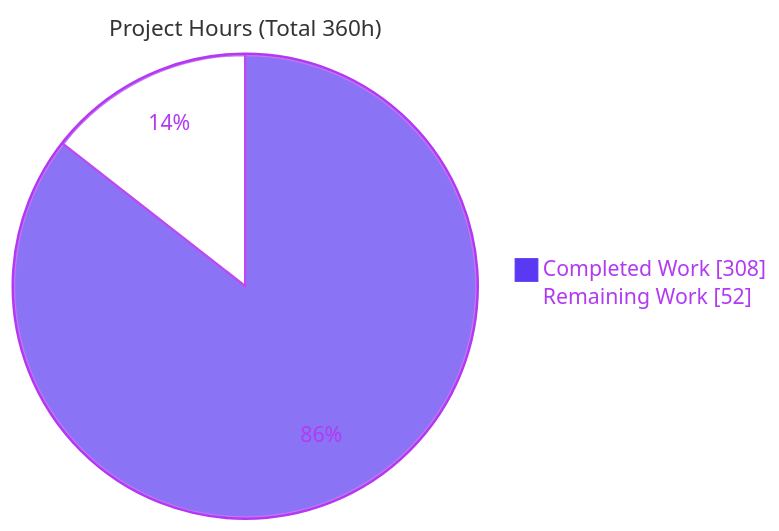
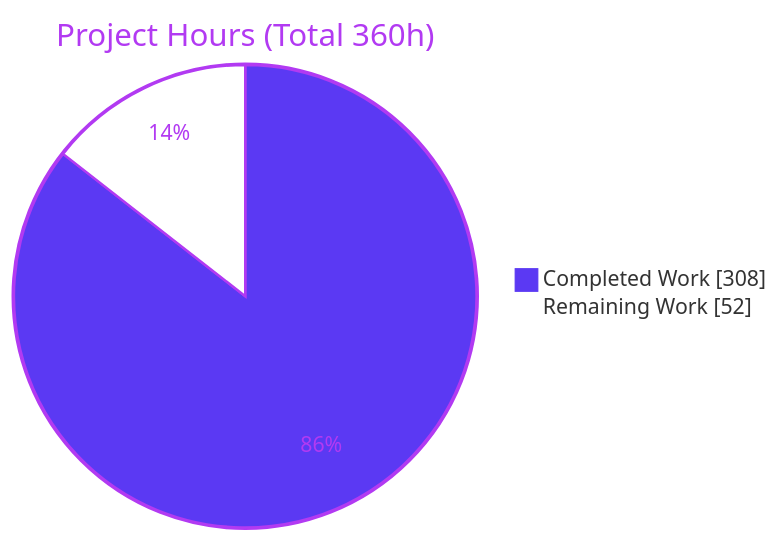
Before and after one commit to blitzy-public-samples/blitzy-delta-format: the second of 3 diagrams in blitzy/documentation/Project Guide.md, drawn with Mermaid. The commit also changed other lines of this file, not shown here.

````diff
--- a/blitzy/documentation/Project Guide.md
+++ b/blitzy/documentation/Project Guide.md
@@ -227,6 +211,6 @@
 ```mermaid
-%%{init: {'theme':'base', 'themeVariables': {'pie1':'#5B39F3','pie2':'#FFFFFF','pieStrokeColor':'#B23AF2','pieOuterStrokeColor':'#B23AF2','pieSectionTextColor':'#B23AF2','pieTitleTextSize':'18px','pieLegendTextColor':'#B23AF2'}}}%%
+%%{init: {'theme':'base','themeVariables':{'pie1':'#5B39F3','pie2':'#FFFFFF','pieStrokeColor':'#B23AF2','pieOuterStrokeColor':'#B23AF2','pieTitleTextColor':'#B23AF2','pieSectionTextColor':'#B23AF2','pieOpacity':'1'}}}%%
 pie showData title Project Hours (Total 360h)
     "Completed Work" : 308
     "Remaining Work" : 52
 ```
````
